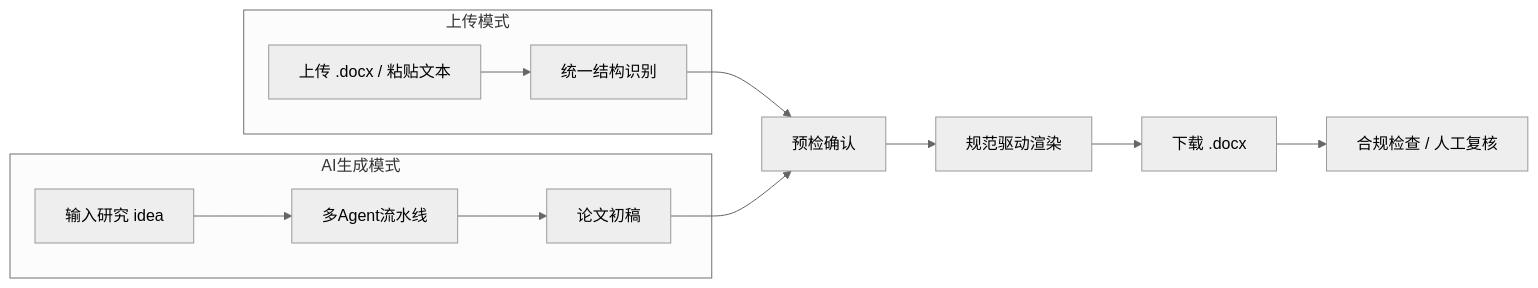
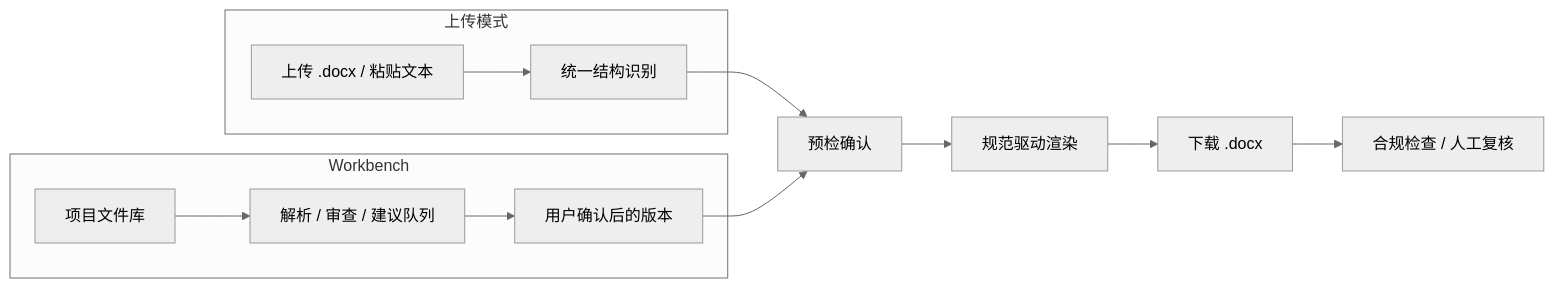
One commit to Jia-Ethan/scnu-thesis-portal changed the diagram in README.md. Above: the diagram before and after it, drawn with Mermaid (neutral theme). The commit also changed other lines of this file and 29 other files, not shown here.

````diff
--- a/README.md
+++ b/README.md
@@ -25,15 +27,15 @@
 ```mermaid
 flowchart LR
   subgraph 上传模式
     A1["上传 .docx / 粘贴文本"] --> B1["统一结构识别"]
   end
-  subgraph AI生成模式
-    A2["输入研究 idea"] --> B2["多Agent流水线"]
-    B2 --> C2["论文初稿"]
+  subgraph Workbench
+    A2["项目文件库"] --> B2["解析 / 审查 / 建议队列"]
+    B2 --> C2["用户确认后的版本"]
   end
   B1 --> C1["预检确认"]
   C2 --> C1
   C1 --> D["规范驱动渲染"]
   D --> E["下载 .docx"]
   E --> F["合规检查 / 人工复核"]
 ```
````
